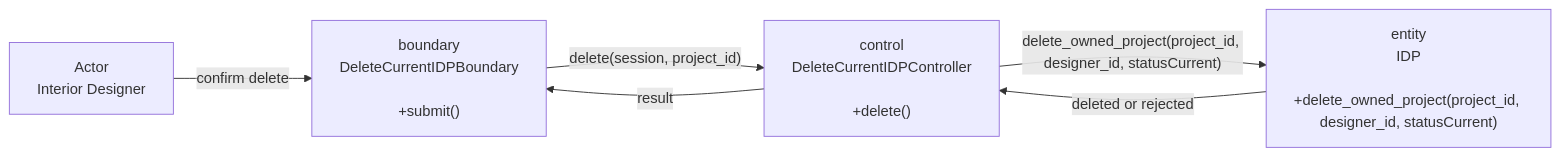
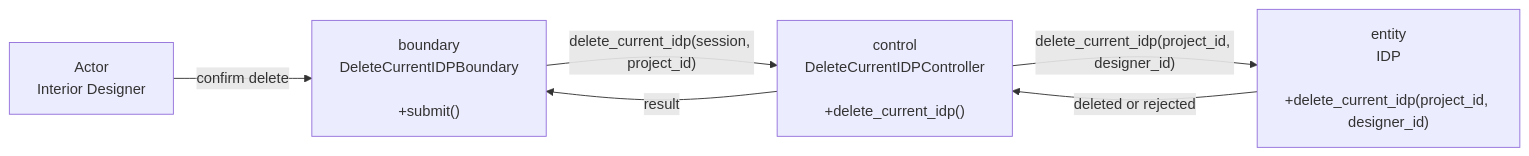
The first of 2 diagrams in diagrams/US23_Delete_Current_IDP/README.md (boyinapuddle/CSIT314-Chinese), drawn with Mermaid before and after one commit. The commit also changed other lines of this file and 140 other files, not shown here.

````diff
--- a/diagrams/US23_Delete_Current_IDP/README.md
+++ b/diagrams/US23_Delete_Current_IDP/README.md
@@ -5,12 +5,12 @@
 ```mermaid
 flowchart LR
     N0["Actor<br/>Interior Designer"]
     N1["boundary<br/>DeleteCurrentIDPBoundary<br/><br/>+submit()"]
-    N2["control<br/>DeleteCurrentIDPController<br/><br/>+delete()"]
-    N3["entity<br/>IDP<br/><br/>+delete_owned_project(project_id, designer_id, statusCurrent)"]
+    N2["control<br/>DeleteCurrentIDPController<br/><br/>+delete_current_idp()"]
+    N3["entity<br/>IDP<br/><br/>+delete_current_idp(project_id, designer_id)"]
     N0 -->|"confirm delete"| N1
-    N1 -->|"delete(session, project_id)"| N2
-    N2 -->|"delete_owned_project(project_id, designer_id, statusCurrent)"| N3
+    N1 -->|"delete_current_idp(session, project_id)"| N2
+    N2 -->|"delete_current_idp(project_id, designer_id)"| N3
     N3 -->|"deleted or rejected"| N2
     N2 -->|"result"| N1
 ```
````
